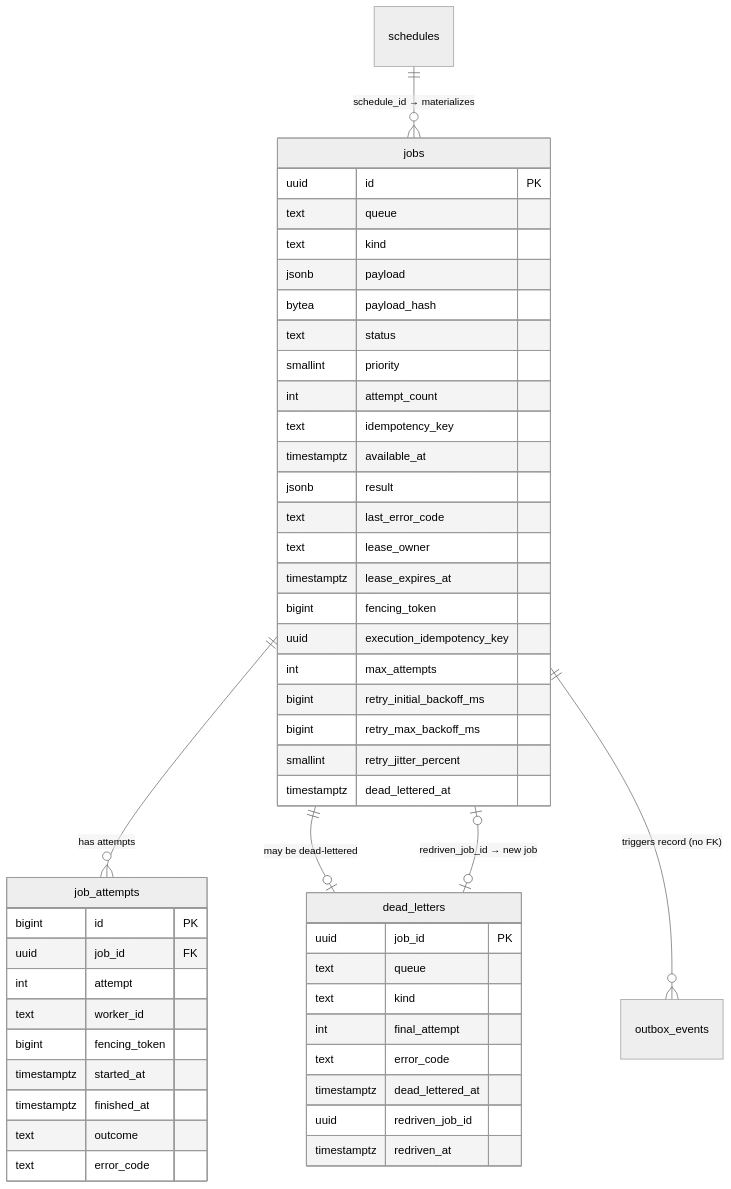
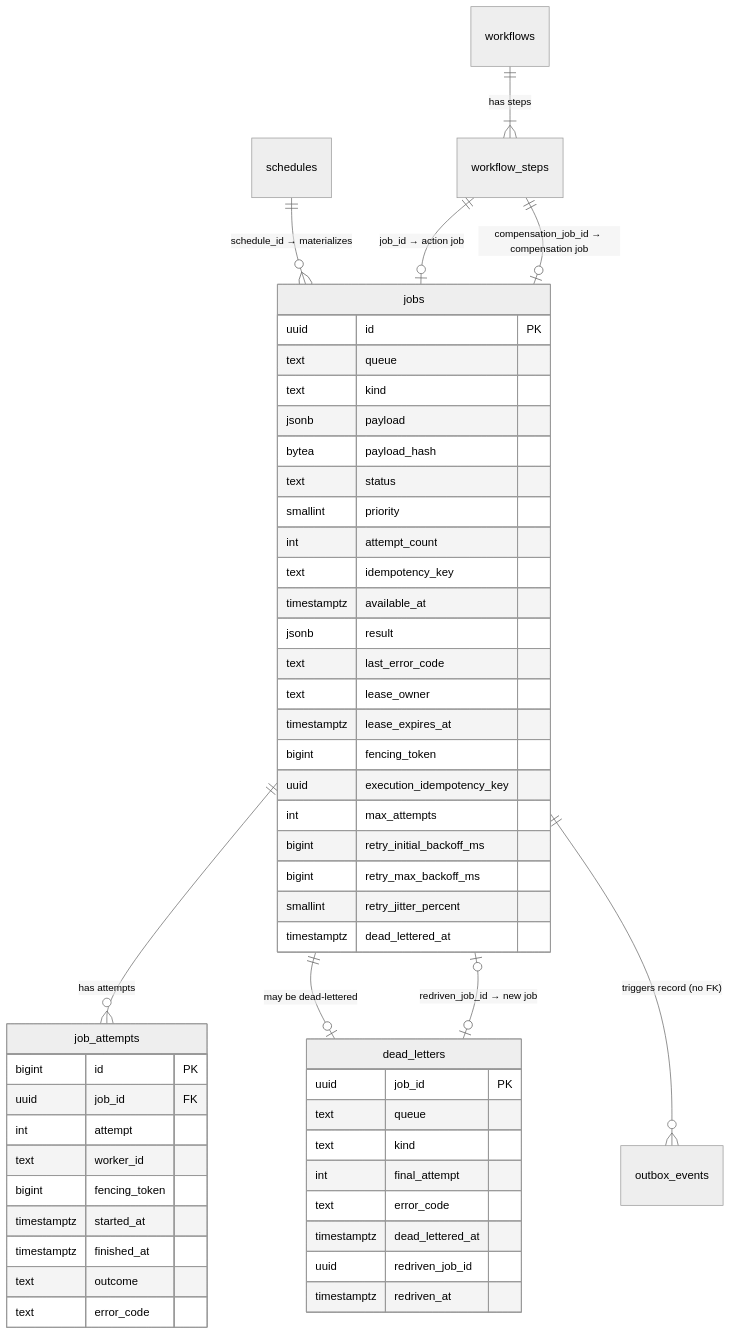
The diagram in docs/DATA_MODEL.md (Nuryanfa/TaskForge), drawn with Mermaid (neutral theme) before and after one commit. The commit also changed other lines of this file and 15 other files, not shown here.

First line of the commit message:
docs: document v0.6 workflows and saga compensation

````diff
--- a/docs/DATA_MODEL.md
+++ b/docs/DATA_MODEL.md
@@ -10,53 +10,56 @@
 ```mermaid
 erDiagram
     schedules ||--o{ jobs : "schedule_id → materializes"
     jobs ||--o{ job_attempts : "has attempts"
     jobs ||--o| dead_letters : "may be dead-lettered"
     dead_letters |o--o| jobs : "redriven_job_id → new job"
     jobs ||--o{ outbox_events : "triggers record (no FK)"
+    workflows ||--|{ workflow_steps : "has steps"
+    workflow_steps ||--o| jobs : "job_id → action job"
+    workflow_steps ||--o| jobs : "compensation_job_id → compensation job"
 
     jobs {
         uuid id PK
         text queue
         text kind
         jsonb payload
         bytea payload_hash
         text status
         smallint priority
         int attempt_count
         text idempotency_key
         timestamptz available_at
         jsonb result
         text last_error_code
         text lease_owner
         timestamptz lease_expires_at
         bigint fencing_token
         uuid execution_idempotency_key
         int max_attempts
         bigint retry_initial_backoff_ms
         bigint retry_max_backoff_ms
         smallint retry_jitter_percent
         timestamptz dead_lettered_at
     }
     job_attempts {
         bigint id PK
         uuid job_id FK
         int attempt
         text worker_id
         bigint fencing_token
         timestamptz started_at
         timestamptz finished_at
         text outcome
         text error_code
     }
     dead_letters {
         uuid job_id PK
         text queue
         text kind
         int final_attempt
         text error_code
         timestamptz dead_lettered_at
         uuid redriven_job_id
         timestamptz redriven_at
     }
 ```
````
